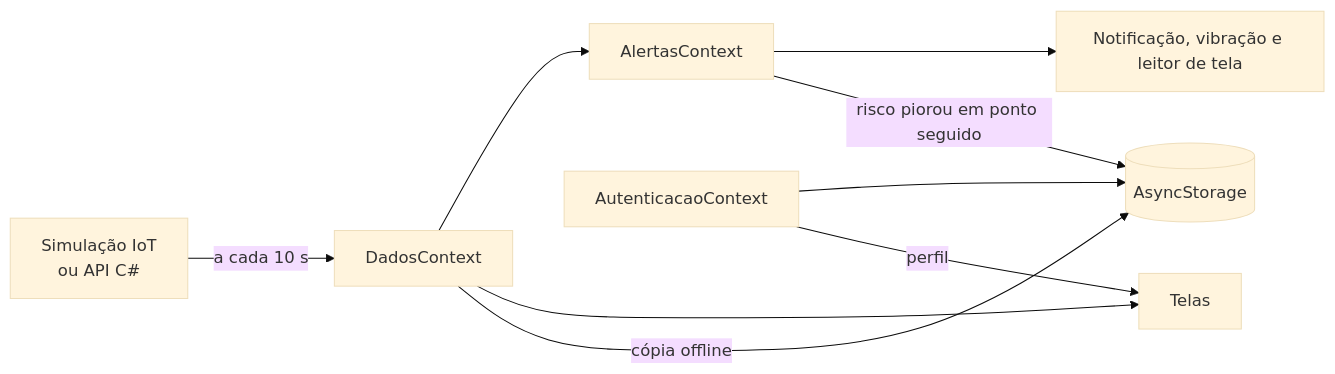
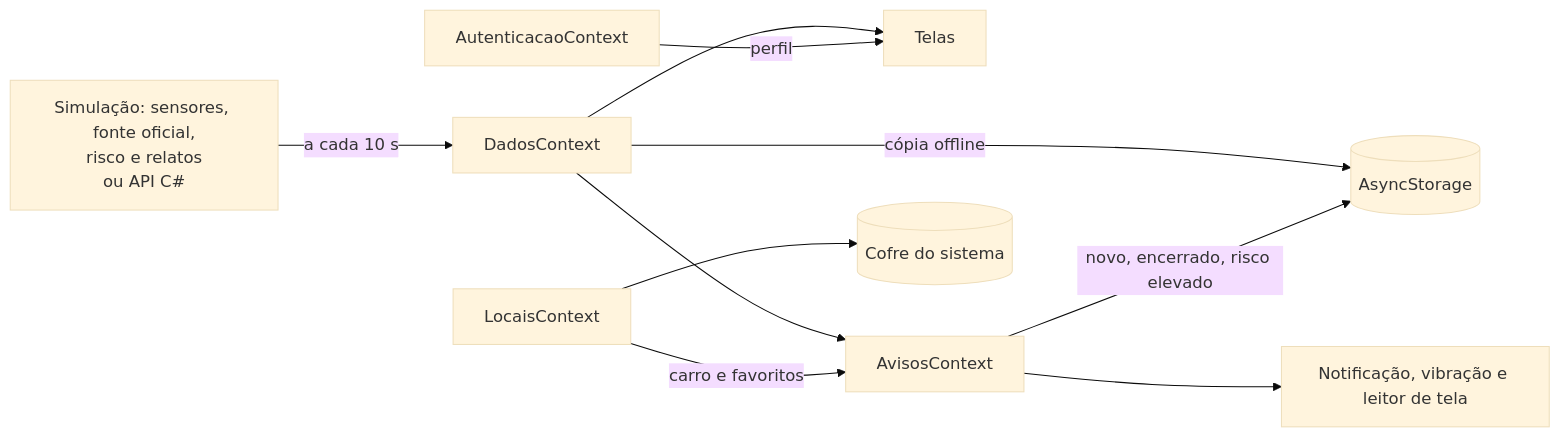
One commit to vitordpacifico/pluvia-mobile changed the diagram in README.md. Above: the diagram before and after it, drawn with Mermaid (base theme). The commit also changed other lines of this file and 143 other files, not shown here.

````diff
--- a/README.md
+++ b/README.md
@@ -146,11 +162,12 @@
 ```mermaid
 flowchart LR
-    S[Simulação IoT<br/>ou API C#] -->|a cada 10 s| D[DadosContext]
+    S[Simulação: sensores, fonte oficial,<br/>risco e relatos<br/>ou API C#] -->|a cada 10 s| D[DadosContext]
     D -->|cópia offline| A[(AsyncStorage)]
     D --> T[Telas]
-    D --> M[AlertasContext]
-    M -->|risco piorou em ponto seguido| A
+    D --> M[AvisosContext]
+    L[LocaisContext] -->|carro e favoritos| M
+    L --> C[(Cofre do sistema)]
+    M -->|novo, encerrado, risco elevado| A
     M --> N[Notificação, vibração e leitor de tela]
-    L[AutenticacaoContext] -->|perfil| T
-    L --> A
+    U[AutenticacaoContext] -->|perfil| T
 ```
````
